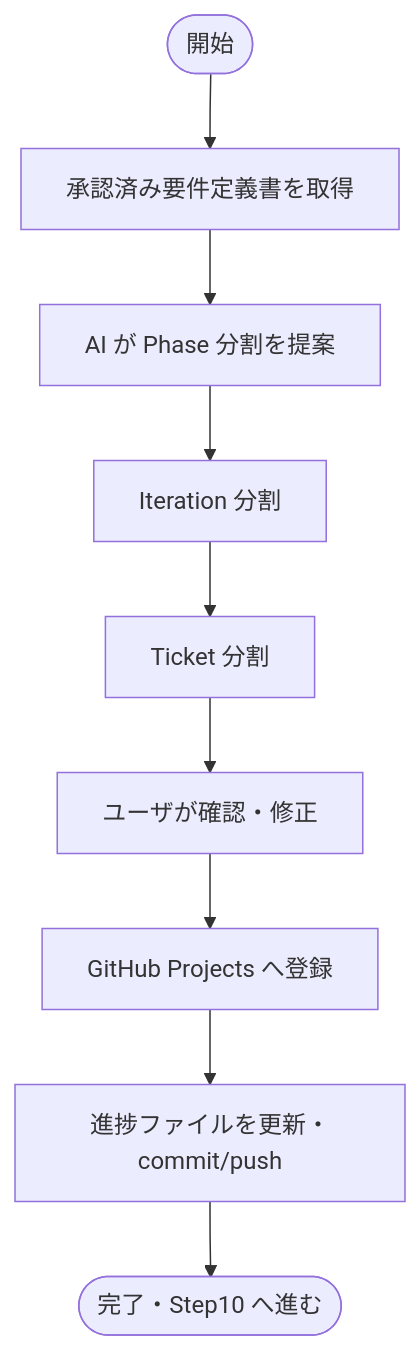
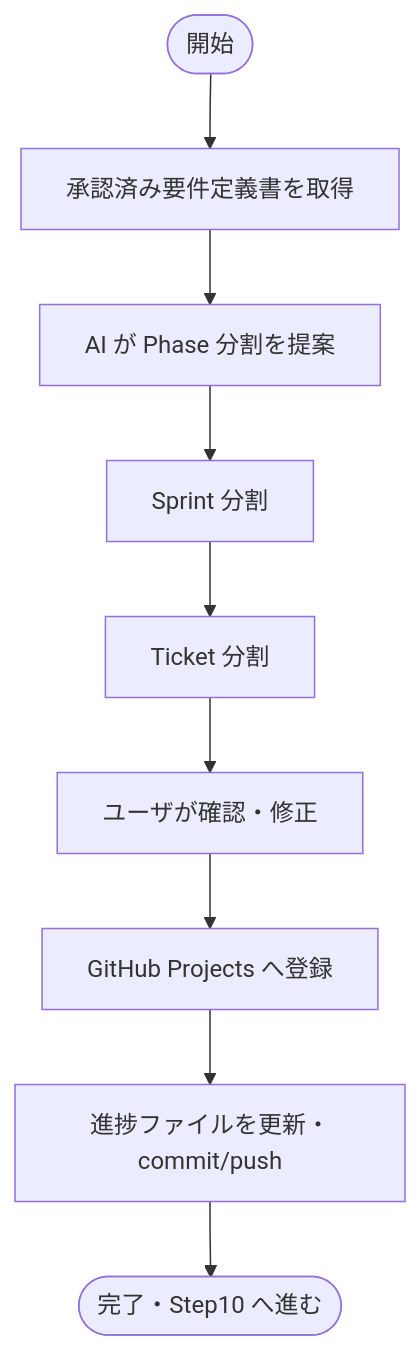
Diagram 12 of 17 in _document/002.要件定義フェーズ/001.要件定義/001-01.機能要件定義書.md (BossApe/lo-vibe), drawn with Mermaid before and after one commit. The commit also changed other lines of this file and 43 other files, not shown here.

First line of the commit message:
refactor: Iteration → Sprint / IT → SP / イテレーション → スプリント 全体リネーム

````diff
--- a/_document/002.要件定義フェーズ/001.要件定義/001-01.機能要件定義書.md
+++ b/_document/002.要件定義フェーズ/001.要件定義/001-01.機能要件定義書.md
@@ -483,11 +483,11 @@
 ```mermaid
 flowchart TD
     A([開始]) --> B[承認済み要件定義書を取得]
     B --> C[AI が Phase 分割を提案]
-    C --> D[Iteration 分割]
+    C --> D[Sprint 分割]
     D --> E[Ticket 分割]
     E --> F[ユーザが確認・修正]
     F --> G[GitHub Projects へ登録]
     G --> H[進捗ファイルを更新・commit/push]
     H --> I([完了・Step10 へ進む])
 ```
````
